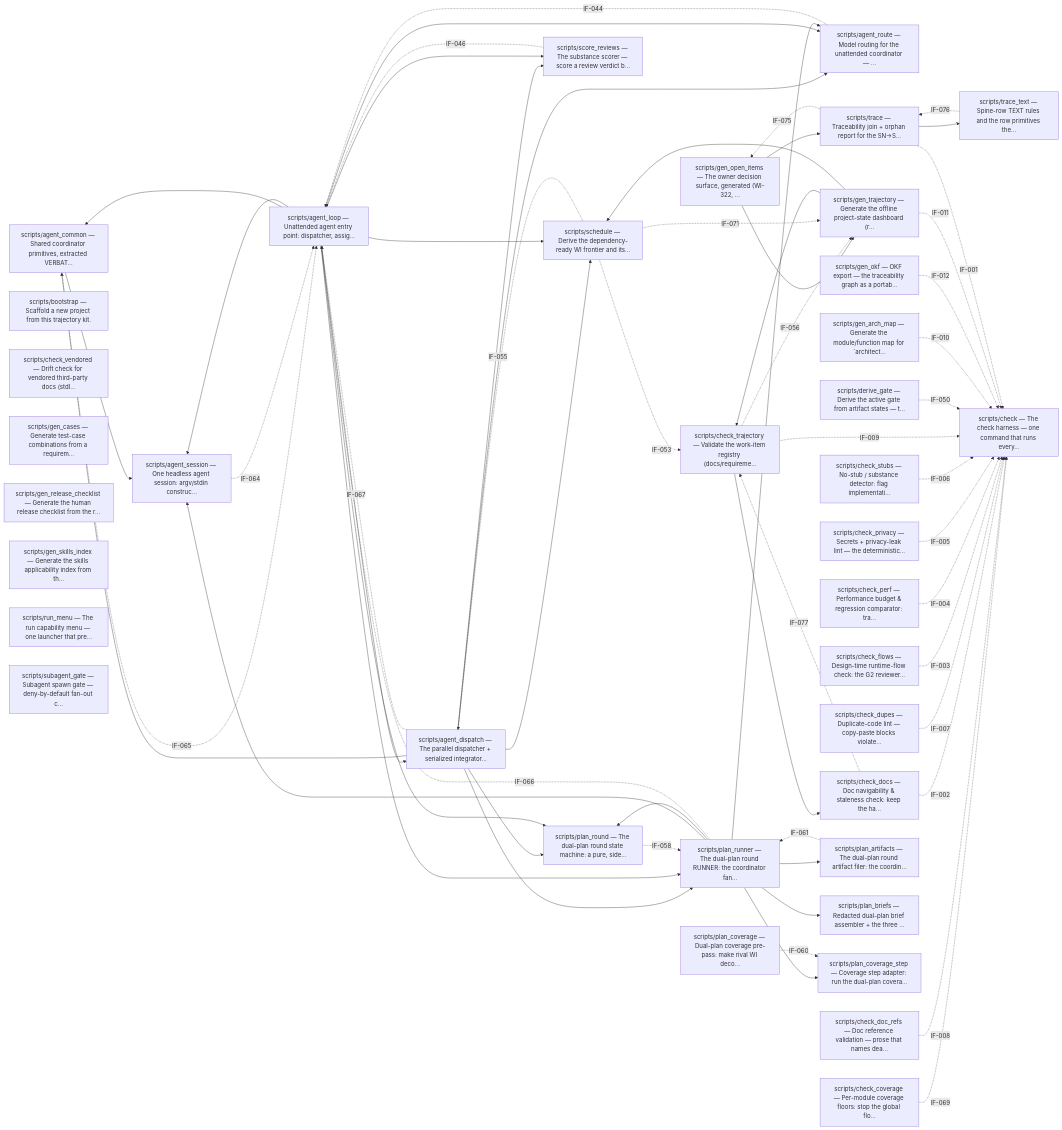
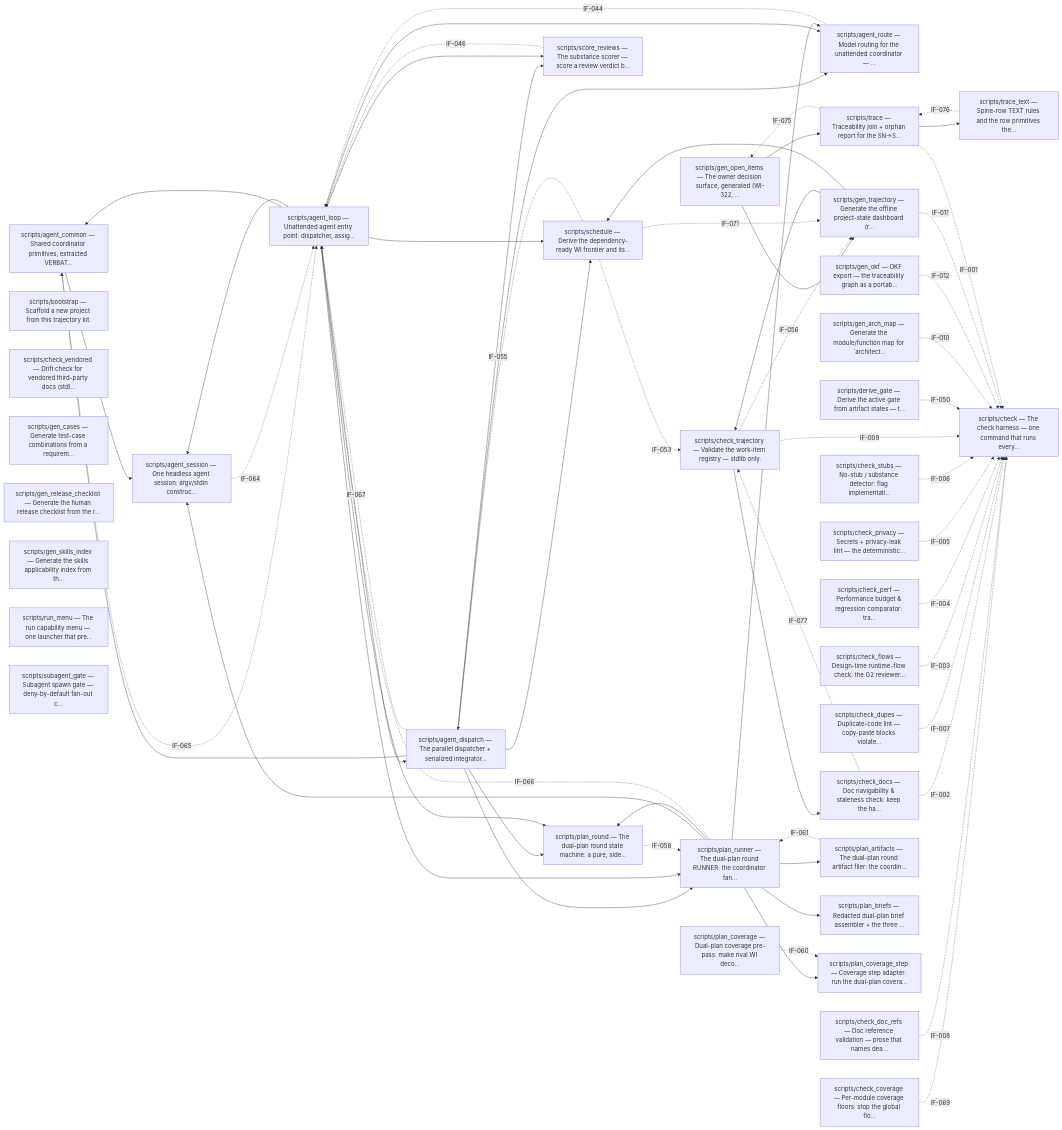
One commit to diytechy/ai-template changed the first of 4 diagrams in docs/architecture.md. Above: the diagram before and after it, drawn with Mermaid. The commit also changed other lines of this file and 11 other files, not shown here.

```diff
--- a/docs/architecture.md
+++ b/docs/architecture.md
@@ -51,7 +51,7 @@
     m_scripts_check_perf["scripts/check_perf — Performance budget & regression comparator: tra…"]
     m_scripts_check_privacy["scripts/check_privacy — Secrets + privacy-leak lint — the deterministic…"]
     m_scripts_check_stubs["scripts/check_stubs — No-stub / substance detector: flag implementati…"]
-    m_scripts_check_trajectory["scripts/check_trajectory — Validate the work-item registry (docs/requireme…"]
+    m_scripts_check_trajectory["scripts/check_trajectory — Validate the work-item registry — stdlib only."]
     m_scripts_check_vendored["scripts/check_vendored — Drift check for vendored third-party docs (stdl…"]
     m_scripts_derive_gate["scripts/derive_gate — Derive the active gate from artifact states — t…"]
     m_scripts_gen_arch_map["scripts/gen_arch_map — Generate the module/function map for `architect…"]
```
